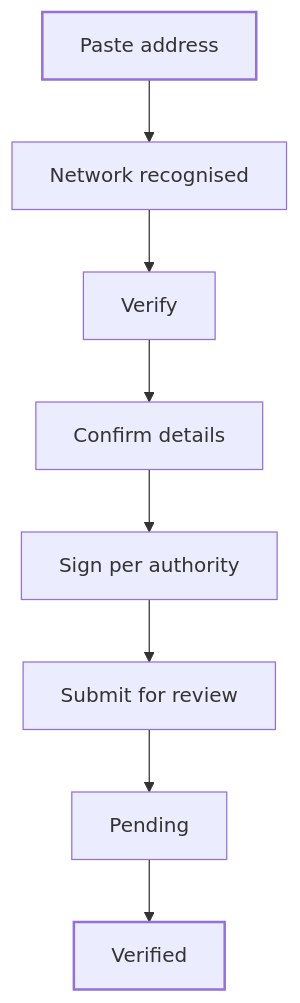
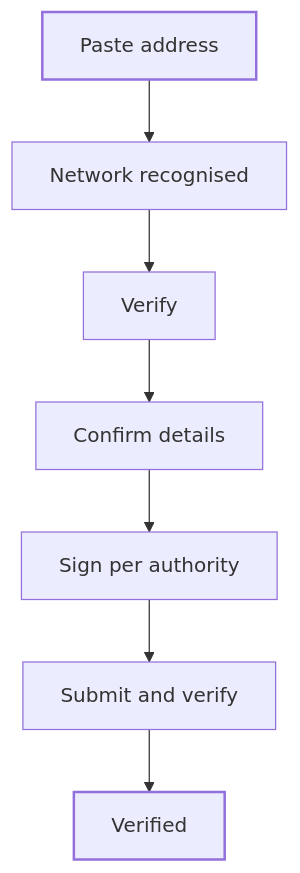
Before and after one commit to blupryntco/docs: the diagram in passport/verify-asset.mdx, drawn with Mermaid. The commit also changed other lines of this file and 2 other files, not shown here.

Commit message:
BLU-6484: claims go through Passport; KYI submit verifies at once

````diff
--- a/passport/verify-asset.mdx
+++ b/passport/verify-asset.mdx
@@ -25,14 +29,13 @@
 ```mermaid
 flowchart TD
   A[Paste address] --> B[Network recognised]
   B --> C[Verify]
   C --> D[Confirm details]
   D --> E[Sign per authority]
-  E --> F[Submit for review]
-  F --> G[Pending]
-  G --> H[Verified]
+  E --> F[Submit and verify]
+  F --> H[Verified]
 classDef start stroke-width:2px
 classDef done stroke-width:2px
 class A start
 class H done
 ```
````
